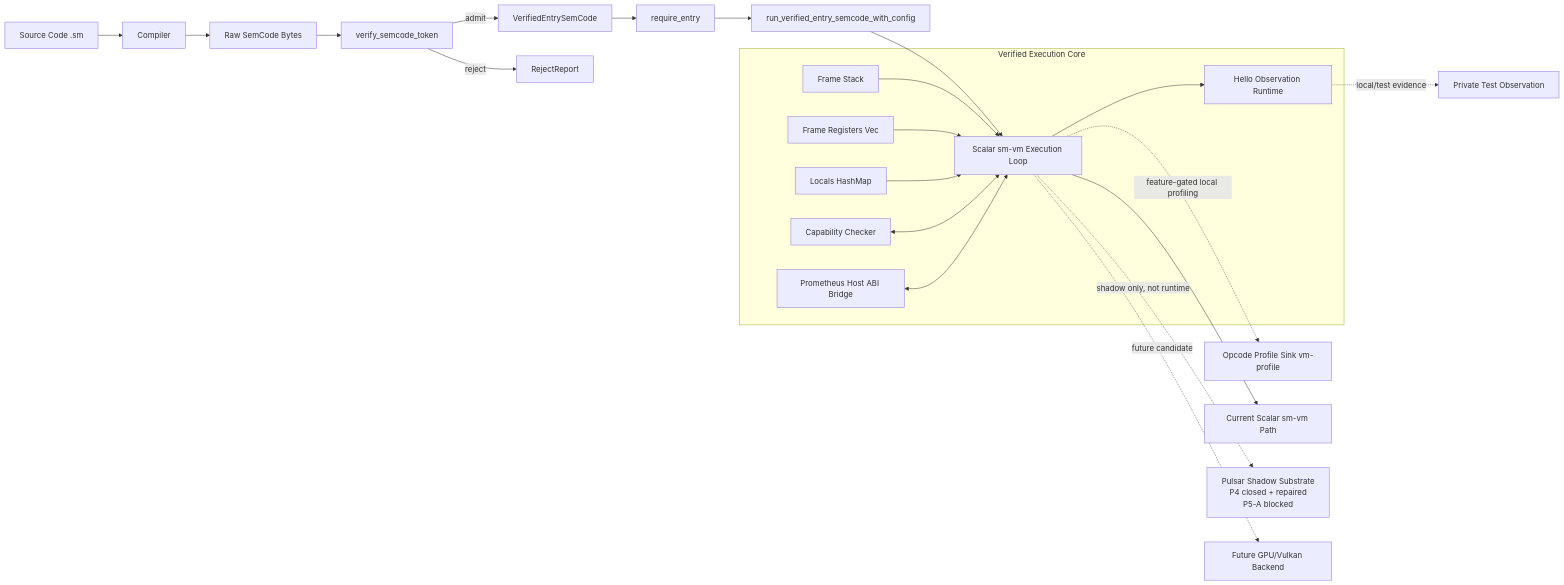
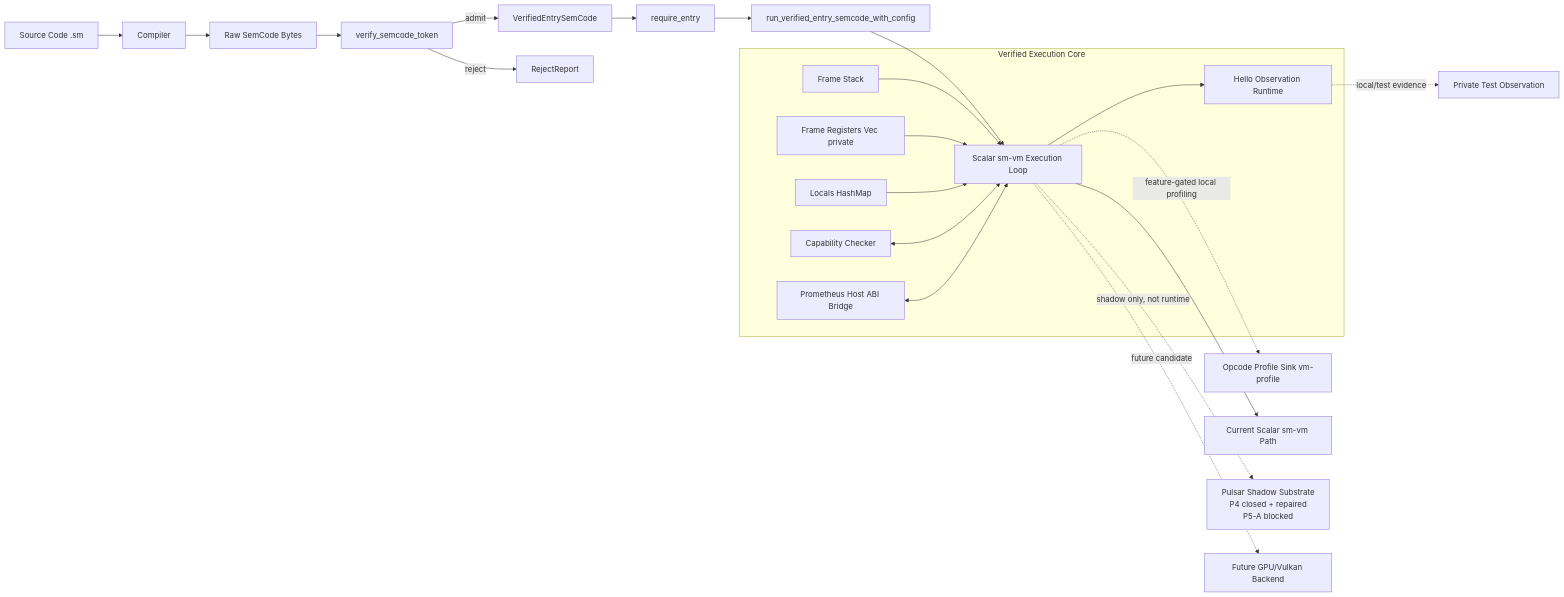
One commit to skulmakov-oss/Semantic changed the diagram in docs/architecture/svm_verified_execution_core.md. Above: the diagram before and after it, drawn with Mermaid. The commit also changed other lines of this file and 3 other files, not shown here.

````diff
--- a/docs/architecture/svm_verified_execution_core.md
+++ b/docs/architecture/svm_verified_execution_core.md
@@ -123,37 +128,37 @@
 ```mermaid
 flowchart LR
     SRC["Source Code .sm"] --> COMP["Compiler"]
     COMP --> RAW["Raw SemCode Bytes"]
 
     RAW --> VERIFY["verify_semcode_token"]
     VERIFY -->|admit| TOKEN["VerifiedEntrySemCode"]
     VERIFY -->|reject| REJECT["RejectReport"]
 
     TOKEN --> ENTRY["require_entry"]
     ENTRY --> RUN["run_verified_entry_semcode_with_config"]
     RUN --> LOOP["Scalar sm-vm Execution Loop"]
 
     subgraph CORE["Verified Execution Core"]
         STACK["Frame Stack"]
-        REGS["Frame Registers Vec<Value>"]
+        REGS["Frame Registers Vec<RegisterSlot> private"]
         LOCALS["Locals HashMap<SymbolId, Value>"]
         CAP["Capability Checker"]
         ABI["Prometheus Host ABI Bridge"]
         OBS["Hello Observation Runtime"]
         LOOP
     end
 
     STACK --> LOOP
     REGS --> LOOP
     LOCALS --> LOOP
     CAP <--> LOOP
     ABI <--> LOOP
     LOOP --> OBS
 
     OBS -. local/test evidence .-> TESTOBS["Private Test Observation"]
     LOOP -. feature-gated local profiling .-> PROFILE["Opcode Profile Sink vm-profile"]
 
     LOOP --> SCALAR["Current Scalar sm-vm Path"]
     LOOP -. shadow only, not runtime .-> PULSAR["Pulsar Shadow Substrate\nP4 closed + repaired\nP5-A blocked"]
     LOOP -. future candidate .-> GPU["Future GPU/Vulkan Backend"]
 ```
````
